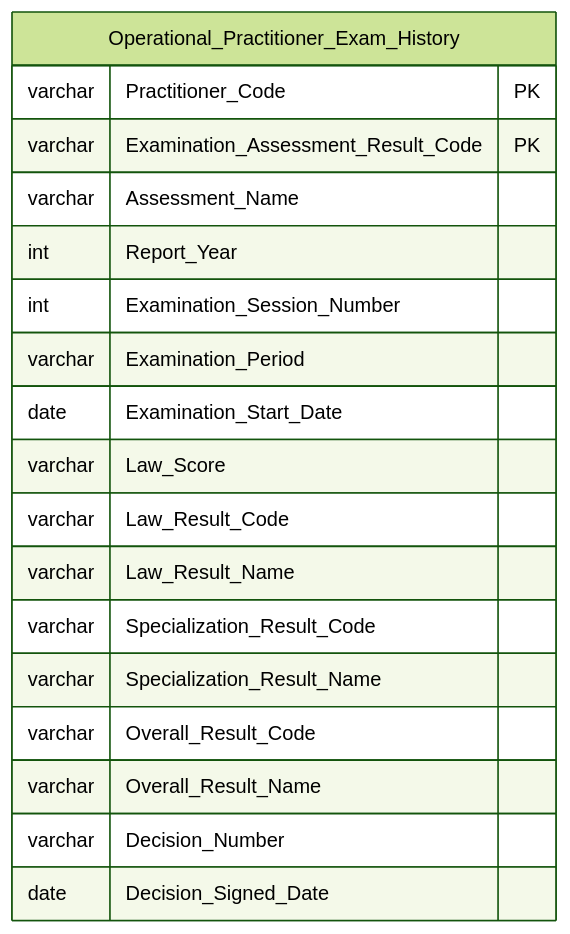
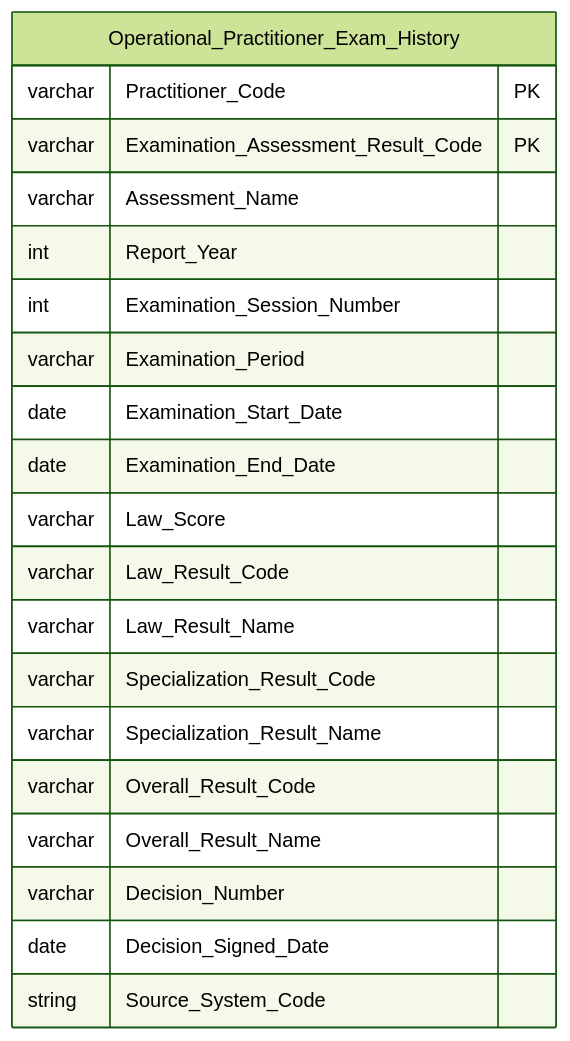
Before and after one commit to linhlvit/ubck_atomic_design: diagram 32 of 40 in Datamart/hld/DTM_NHNCK_HLD.md, drawn with Mermaid (forest theme). The commit also changed other lines of this file and 8 other files, not shown here.

````diff
--- a/Datamart/hld/DTM_NHNCK_HLD.md
+++ b/Datamart/hld/DTM_NHNCK_HLD.md
@@ -1324,22 +1330,24 @@
 ```mermaid
 erDiagram
     Operational_Practitioner_Exam_History {
         varchar Practitioner_Code PK
         varchar Examination_Assessment_Result_Code PK
         varchar Assessment_Name
         int Report_Year
         int Examination_Session_Number
         varchar Examination_Period
         date Examination_Start_Date
+        date Examination_End_Date
         varchar Law_Score
         varchar Law_Result_Code
         varchar Law_Result_Name
         varchar Specialization_Result_Code
         varchar Specialization_Result_Name
         varchar Overall_Result_Code
         varchar Overall_Result_Name
         varchar Decision_Number
         date Decision_Signed_Date
+        string Source_System_Code
 
     }
 ```
````
